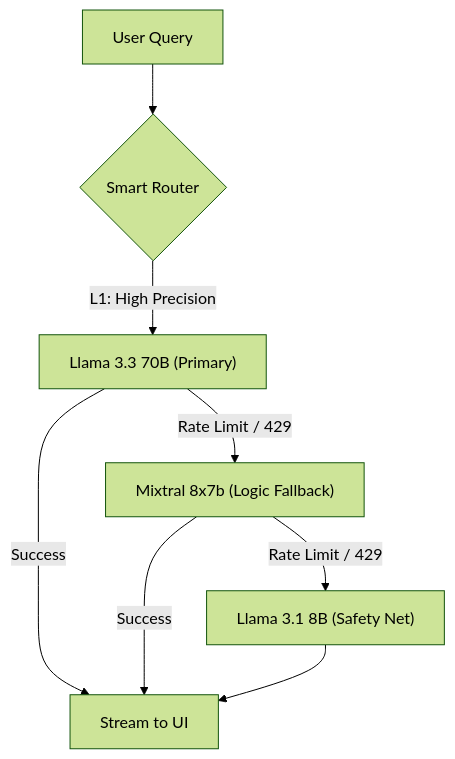
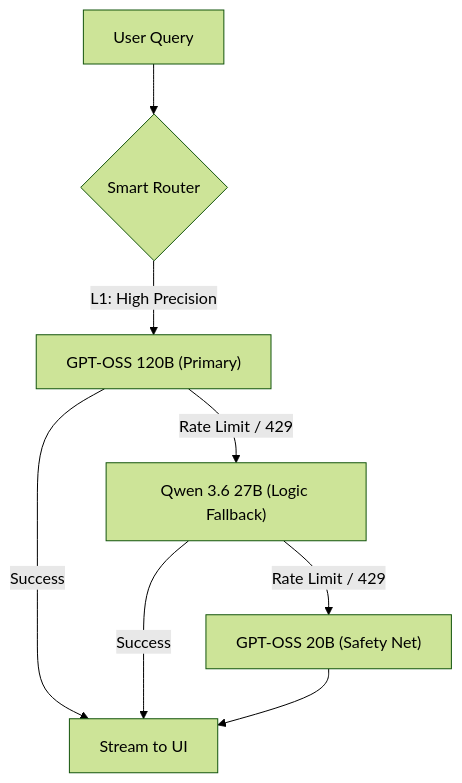
One commit to osongfive/dis-info-hub changed the first of 2 diagrams in README.md. Above: the diagram before and after it, drawn with Mermaid (forest theme). The commit also changed 2 other files, not shown here.

Commit message:
chore: update Groq models after Llama & Mistral deprecation

````diff
--- a/README.md
+++ b/README.md
@@ -48,10 +48,10 @@
 ```mermaid
 graph TD
     A[User Query] --> B{Smart Router}
-    B -->|L1: High Precision| C["Llama 3.3 70B (Primary)"]
+    B -->|L1: High Precision| C["GPT-OSS 120B (Primary)"]
     C -->|Success| D[Stream to UI]
-    C -->|Rate Limit / 429| E["Mixtral 8x7b (Logic Fallback)"]
+    C -->|Rate Limit / 429| E["Qwen 3.6 27B (Logic Fallback)"]
     E -->|Success| D
-    E -->|Rate Limit / 429| F["Llama 3.1 8B (Safety Net)"]
+    E -->|Rate Limit / 429| F["GPT-OSS 20B (Safety Net)"]
     F --> D
 ```
````
